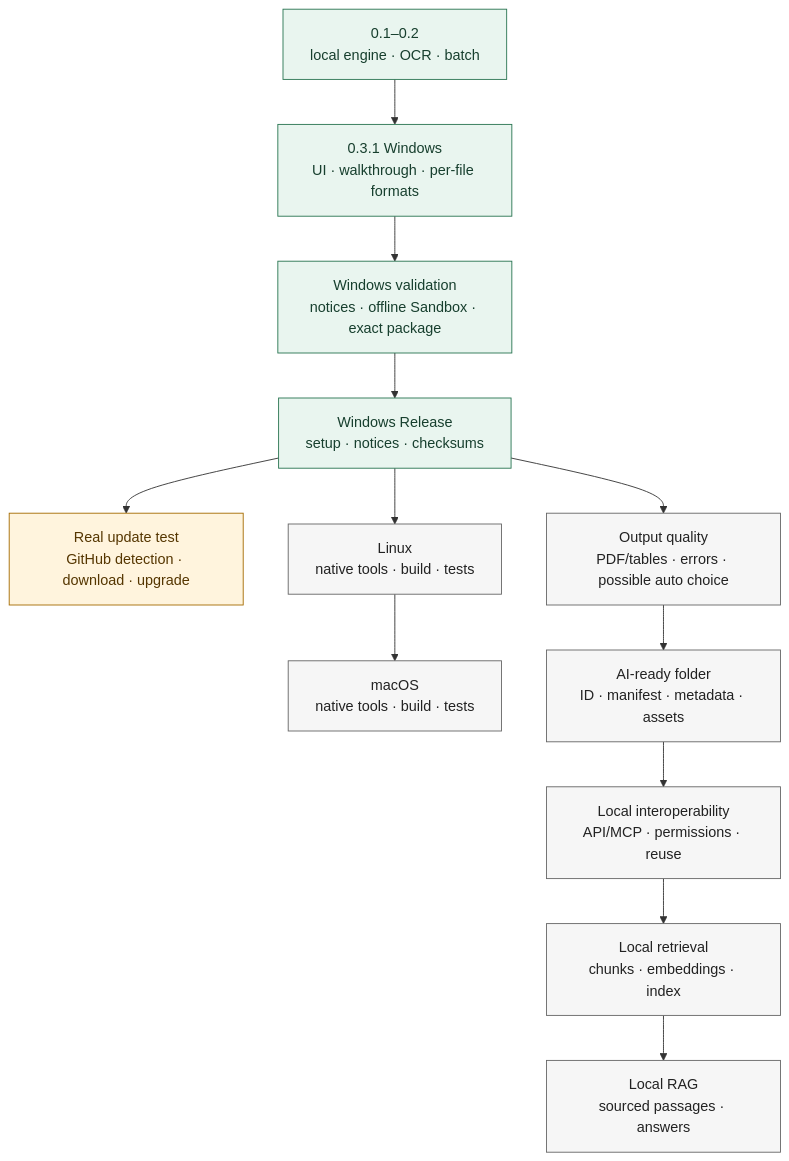
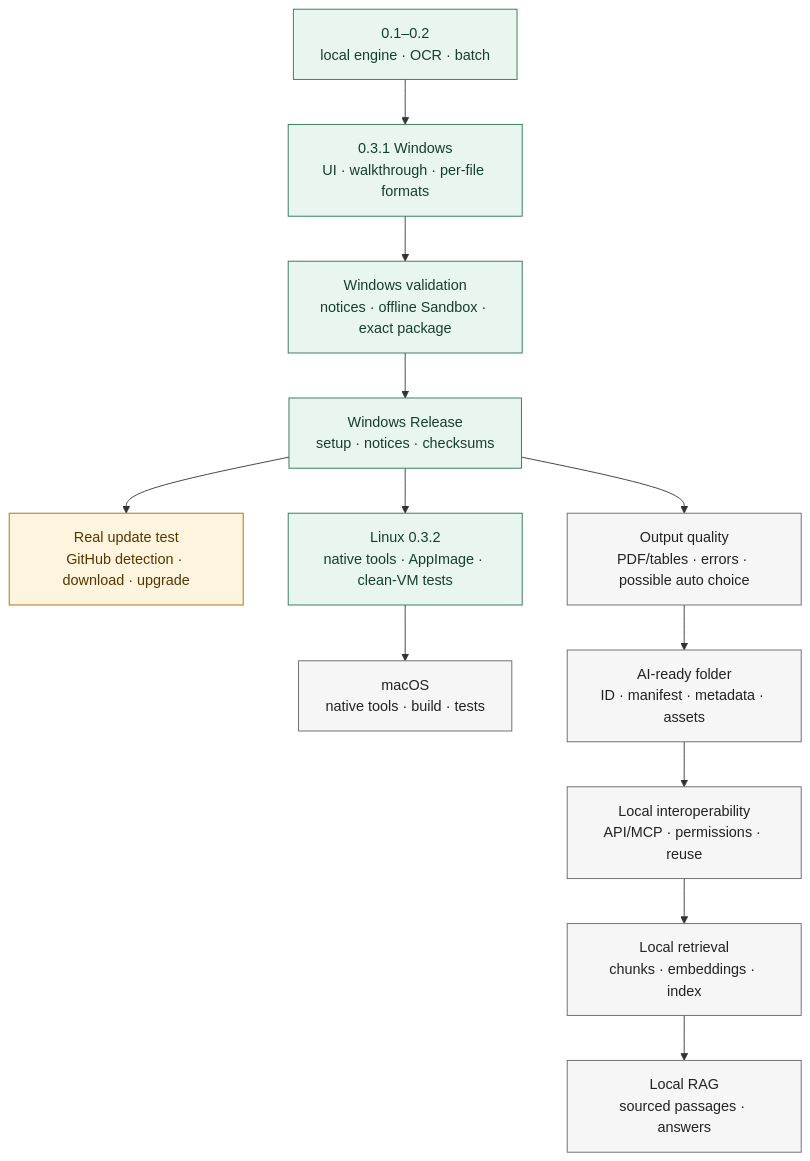
Before and after one commit to ergocogn/local-ai-ready-converter-releases: the diagram in docs/ROADMAP.en.md, drawn with Mermaid. The commit also changed other lines of this file and 10 other files, not shown here.

````diff
--- a/docs/ROADMAP.en.md
+++ b/docs/ROADMAP.en.md
@@ -7,20 +7,20 @@
 ```mermaid
 flowchart TB
   A["0.1–0.2<br/>local engine · OCR · batch"] --> B["0.3.1 Windows<br/>UI · walkthrough · per-file formats"]
   B --> C["Windows validation<br/>notices · offline Sandbox · exact package"]
   C --> D["Windows Release<br/>setup · notices · checksums"]
   D --> U["Real update test<br/>GitHub detection · download · upgrade"]
 
-  D --> L["Linux<br/>native tools · build · tests"] --> M["macOS<br/>native tools · build · tests"]
+  D --> L["Linux 0.3.2<br/>native tools · AppImage · clean-VM tests"] --> M["macOS<br/>native tools · build · tests"]
   D --> Q["Output quality<br/>PDF/tables · errors · possible auto choice"]
   Q --> F["AI-ready folder<br/>ID · manifest · metadata · assets"]
   F --> P["Local interoperability<br/>API/MCP · permissions · reuse"]
   P --> K["Local retrieval<br/>chunks · embeddings · index"] --> R["Local RAG<br/>sourced passages · answers"]
 
   classDef done fill:#e9f5ef,stroke:#287451,color:#173f2e
   classDef active fill:#fff4dd,stroke:#a56b00,color:#553600
   classDef future fill:#f6f6f6,stroke:#666,color:#222
-  class A,B,C,D done
+  class A,B,C,D,L done
   class U active
-  class L,M,Q,F,P,K,R future
+  class M,Q,F,P,K,R future
 ```
````
